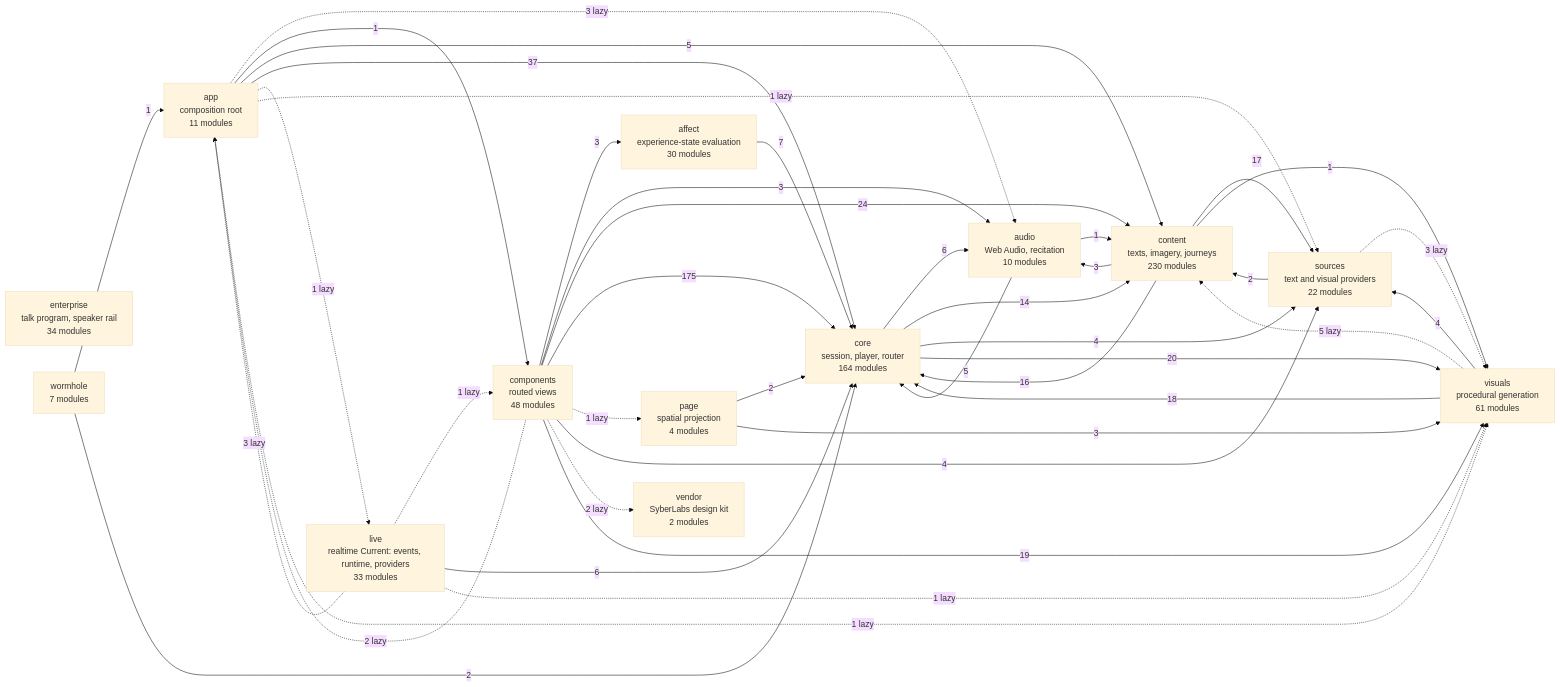
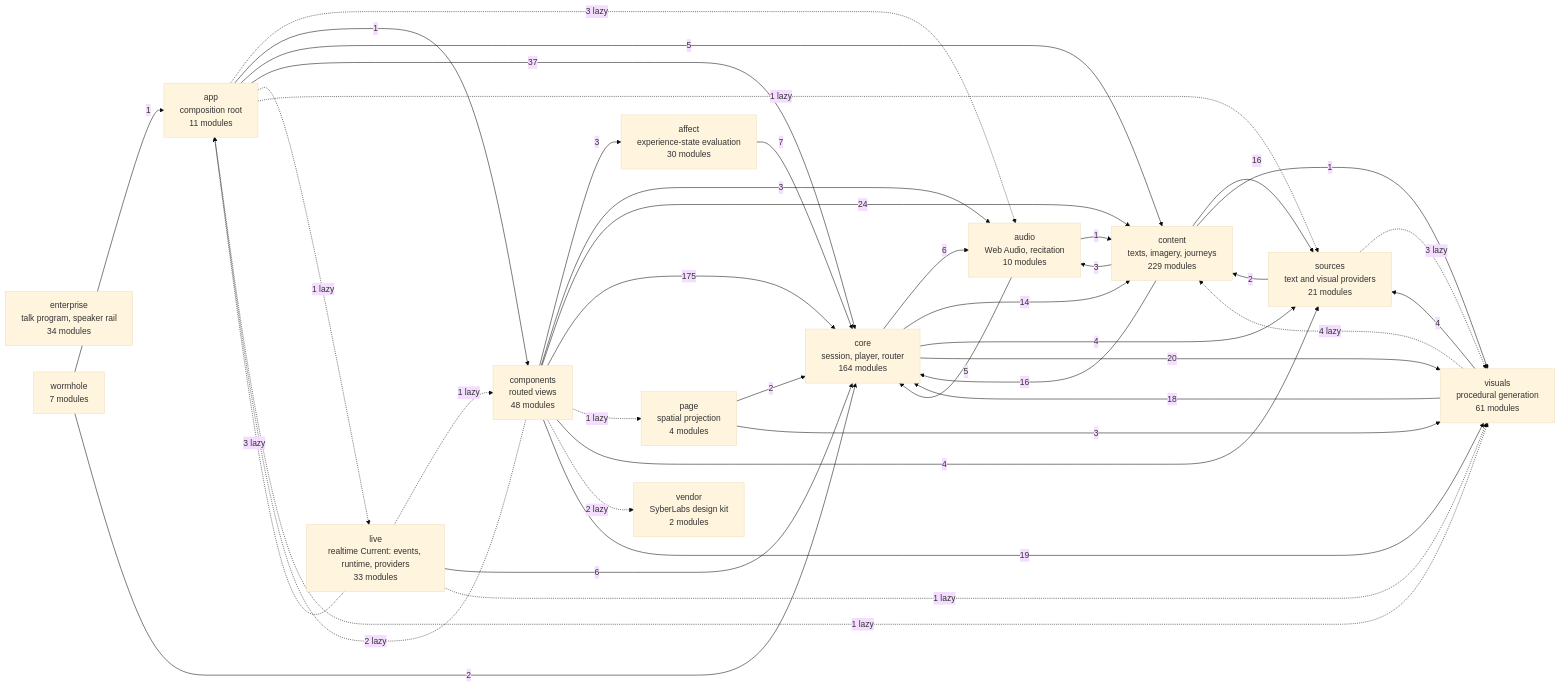
Before and after one commit to SyberLabs/RISE: the diagram in docs/specs/ARCHITECTURE.md, drawn with Mermaid (base theme). The commit also changed 18 other files, not shown here.

````diff
--- a/docs/specs/ARCHITECTURE.md
+++ b/docs/specs/ARCHITECTURE.md
@@ -160,57 +160,57 @@
 ```mermaid
 flowchart LR
     affect["affect<br/>experience-state evaluation<br/>30 modules"]
     app["app<br/>composition root<br/>11 modules"]
     audio["audio<br/>Web Audio, recitation<br/>10 modules"]
     components["components<br/>routed views<br/>48 modules"]
-    content["content<br/>texts, imagery, journeys<br/>230 modules"]
+    content["content<br/>texts, imagery, journeys<br/>229 modules"]
     core["core<br/>session, player, router<br/>164 modules"]
     enterprise["enterprise<br/>talk program, speaker rail<br/>34 modules"]
     live["live<br/>realtime Current: events, runtime, providers<br/>33 modules"]
     page["page<br/>spatial projection<br/>4 modules"]
-    sources["sources<br/>text and visual providers<br/>22 modules"]
+    sources["sources<br/>text and visual providers<br/>21 modules"]
     vendor["vendor<br/>SyberLabs design kit<br/>2 modules"]
     visuals["visuals<br/>procedural generation<br/>61 modules"]
     wormhole["wormhole<br/>7 modules"]
 
     affect --> |7| core
     app -.-> |3 lazy| audio
     app --> |1| components
     app --> |5| content
     app --> |37| core
     app -.-> |1 lazy| live
     app -.-> |1 lazy| sources
     app -.-> |1 lazy| visuals
     audio --> |1| content
     audio --> |5| core
     components --> |3| affect
     components -.-> |2 lazy| app
     components --> |3| audio
     components --> |24| content
     components --> |175| core
     components -.-> |1 lazy| page
     components --> |4| sources
     components -.-> |2 lazy| vendor
     components --> |19| visuals
     content --> |3| audio
     content --> |16| core
-    content --> |17| sources
+    content --> |16| sources
     content --> |1| visuals
     core --> |6| audio
     core --> |14| content
     core --> |4| sources
     core --> |20| visuals
     live -.-> |3 lazy| app
     live -.-> |1 lazy| components
     live --> |6| core
     live -.-> |1 lazy| visuals
     page --> |2| core
     page --> |3| visuals
     sources --> |2| content
     sources -.-> |3 lazy| visuals
-    visuals -.-> |5 lazy| content
+    visuals -.-> |4 lazy| content
     visuals --> |18| core
     visuals --> |4| sources
     wormhole --> |1| app
     wormhole --> |2| core
 ```
````
